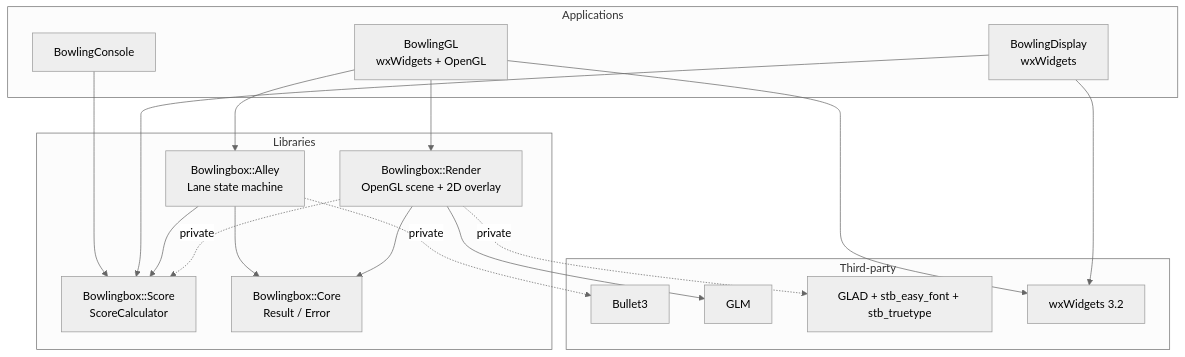
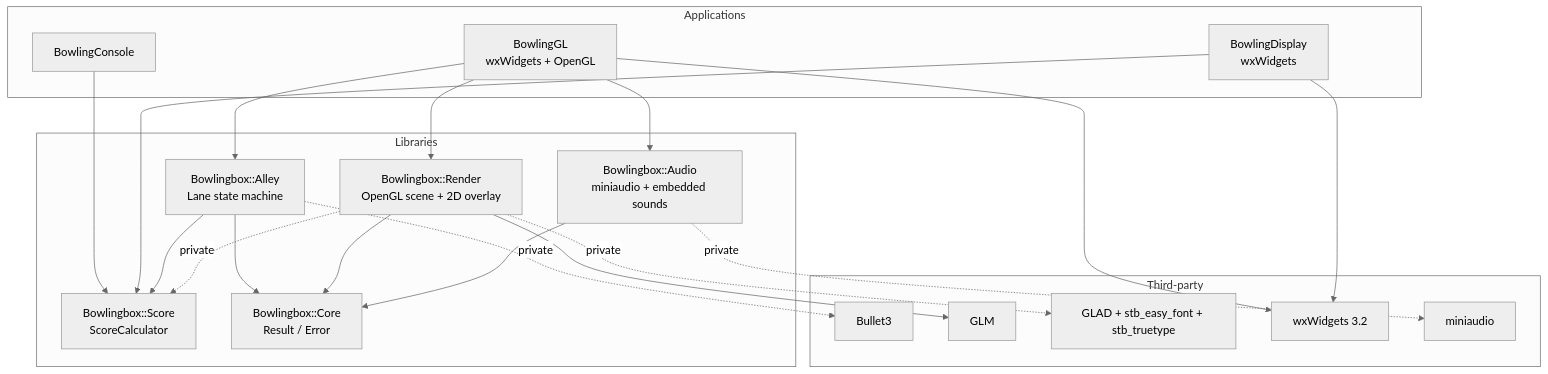
One commit to medaminben/Bowlingbox changed the first of 3 diagrams in docs/ARCHITECTURE.md. Above: the diagram before and after it, drawn with Mermaid (neutral theme). The commit also changed other lines of this file and 66 other files, not shown here.

First line of the commit message:
feat(audio): give BowlingGL alley sounds from physics and score events

````diff
--- a/docs/ARCHITECTURE.md
+++ b/docs/ARCHITECTURE.md
@@ -14,34 +14,39 @@
 ```mermaid
 graph TD
     subgraph Applications
         GL[BowlingGL<br/>wxWidgets + OpenGL]
         CON[BowlingConsole]
         DISP[BowlingDisplay<br/>wxWidgets]
     end
     subgraph Libraries
         ALLEY[Bowlingbox::Alley<br/>Lane state machine]
         RENDER[Bowlingbox::Render<br/>OpenGL scene + 2D overlay]
+        AUDIO[Bowlingbox::Audio<br/>miniaudio + embedded sounds]
         SCORE[Bowlingbox::Score<br/>ScoreCalculator]
         CORE[Bowlingbox::Core<br/>Result / Error]
     end
     subgraph Third-party
         BULLET[Bullet3]
         GLM[GLM]
         GLAD[GLAD + stb_easy_font + stb_truetype]
         WX[wxWidgets 3.2]
+        MINIAUDIO[miniaudio]
     end
 
     GL --> ALLEY
     GL --> RENDER
+    GL --> AUDIO
     GL --> WX
     CON --> SCORE
     DISP --> SCORE
     DISP --> WX
     ALLEY --> SCORE
     ALLEY --> CORE
     ALLEY -. private .-> BULLET
     RENDER --> CORE
     RENDER --> GLM
     RENDER -. private .-> SCORE
     RENDER -. private .-> GLAD
+    AUDIO -. private .-> MINIAUDIO
+    AUDIO --> CORE
 ```
````
